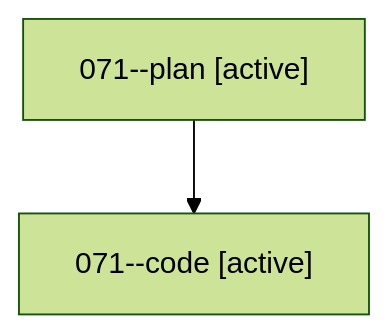
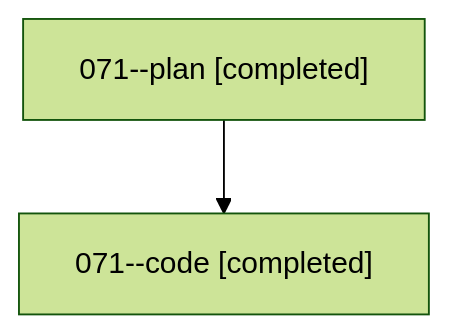
The diagram in families/bbugyi200.athena.071.md (sase-org/sase--agents), drawn with Mermaid (forest theme) before and after one commit. The commit also changed other lines of this file and 530 other files, not shown here.

````diff
--- a/families/bbugyi200.athena.071.md
+++ b/families/bbugyi200.athena.071.md
@@ -9,6 +9,6 @@
 ```mermaid
 flowchart TD
-  n0["071--plan [active]"]
-  n1["071--code [active]"]
+  n0["071--plan [completed]"]
+  n1["071--code [completed]"]
   n0 --> n1
 ```
````
